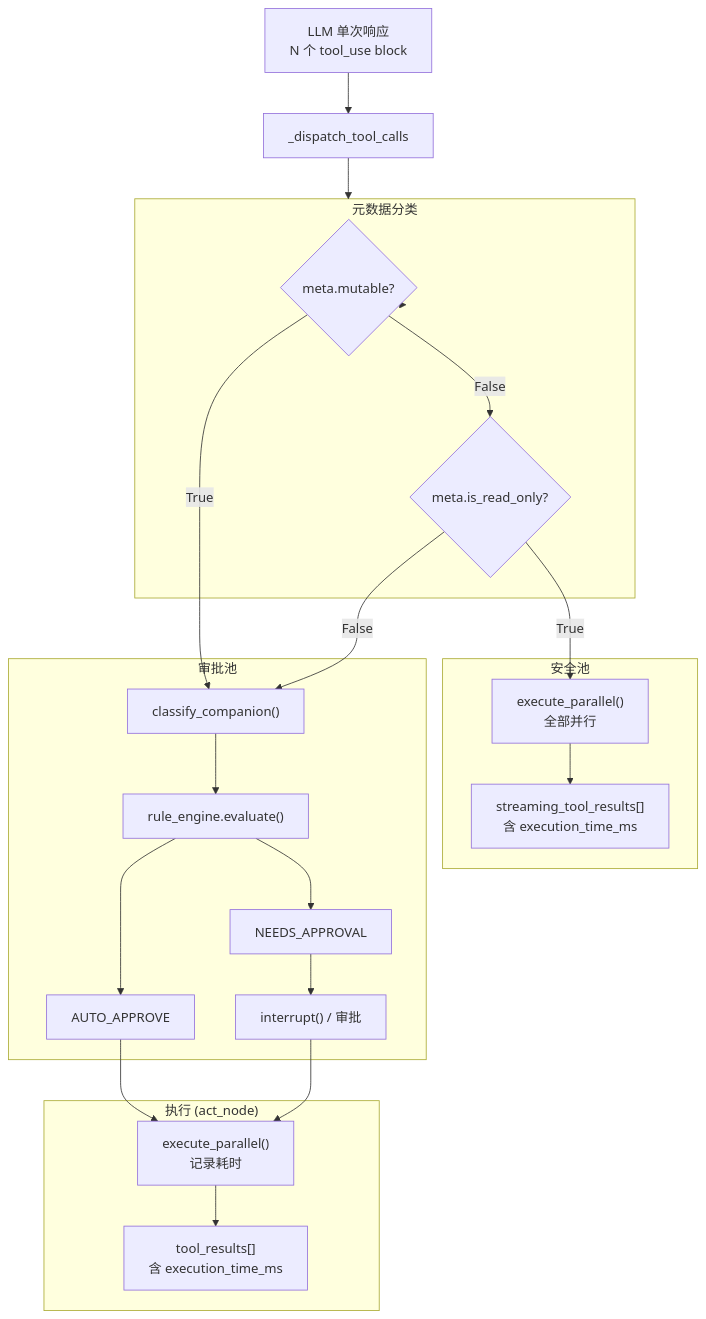
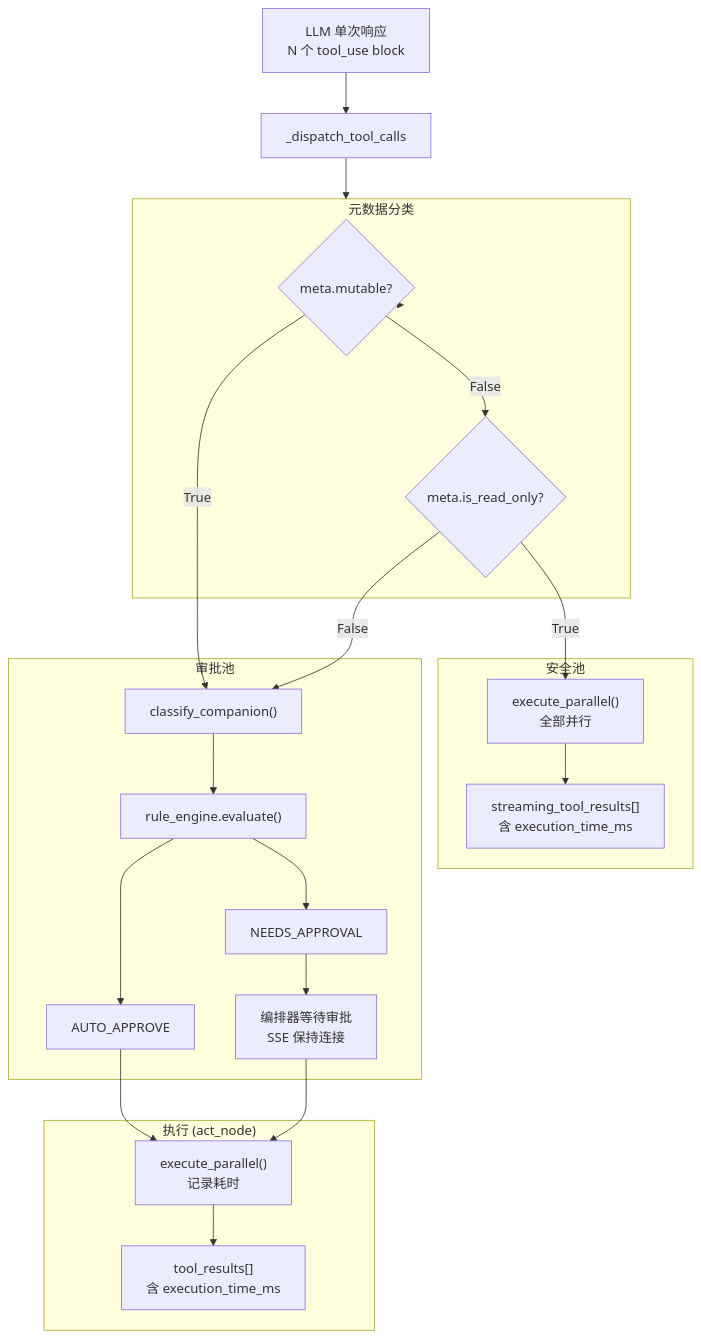
Diagram 14 of 14 in web-server/graph.md (nazzeDe/alascup-agent), drawn with Mermaid before and after one commit. The commit also changed other lines of this file and 35 other files, not shown here.

````diff
--- a/web-server/graph.md
+++ b/web-server/graph.md
@@ -1013,50 +1014,50 @@
 ```mermaid
 flowchart TD
     llm_out["LLM 单次响应<br/>N 个 tool_use block"]
     dispatch["_dispatch_tool_calls"]
 
     subgraph meta_check["元数据分类"]
         mutable{"meta.mutable?"}
         readonly{"meta.is_read_only?"}
     end
 
     subgraph safe_pool["安全池"]
         pre_exec["execute_parallel()<br/>全部并行"]
         pre_result["streaming_tool_results[]<br/>含 execution_time_ms"]
     end
 
     subgraph approval_pool["审批池"]
         classify["classify_companion()"]
         rule_eval["rule_engine.evaluate()"]
         rule_auto["AUTO_APPROVE"]
         rule_pending["NEEDS_APPROVAL"]
-        interrupt_wait["interrupt() / 审批"]
+        pending_wait["编排器等待审批<br/>SSE 保持连接"]
     end
 
     subgraph act_exec["执行 (act_node)"]
         act_exec_par["execute_parallel()<br/>记录耗时"]
         act_result["tool_results[]<br/>含 execution_time_ms"]
     end
 
     llm_out --> dispatch
     dispatch --> meta_check
 
     meta_check --> mutable
     mutable -- "True" --> classify
     mutable -- "False" --> readonly
 
     readonly -- "True" --> pre_exec
     readonly -- "False" --> classify
 
     pre_exec --> pre_result
 
     classify --> rule_eval
     rule_eval --> rule_auto
     rule_eval --> rule_pending
 
     rule_auto --> act_exec_par
-    rule_pending --> interrupt_wait
-    interrupt_wait --> act_exec_par
+    rule_pending --> pending_wait
+    pending_wait --> act_exec_par
 
     act_exec_par --> act_result
 ```
````
